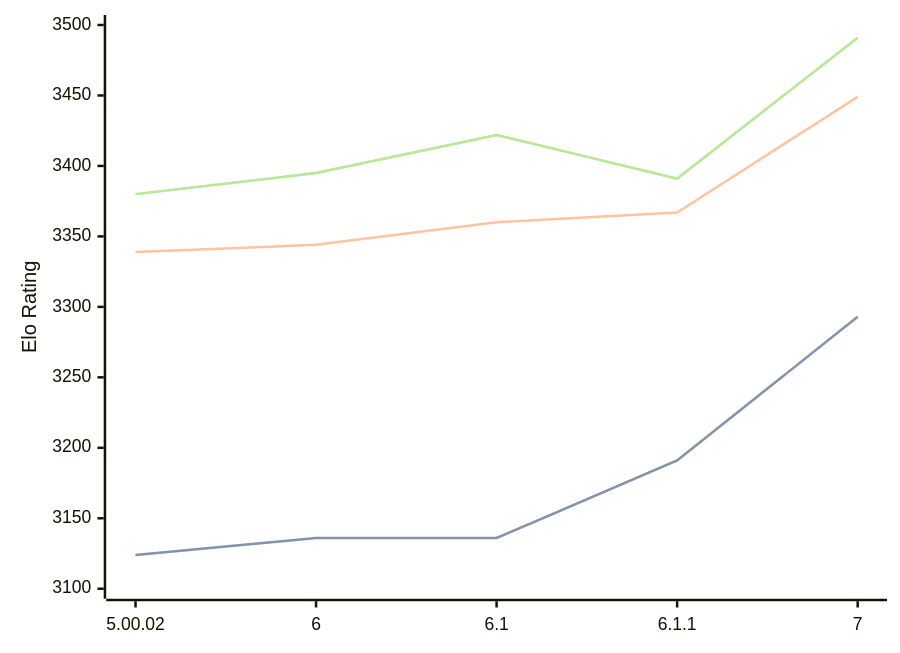
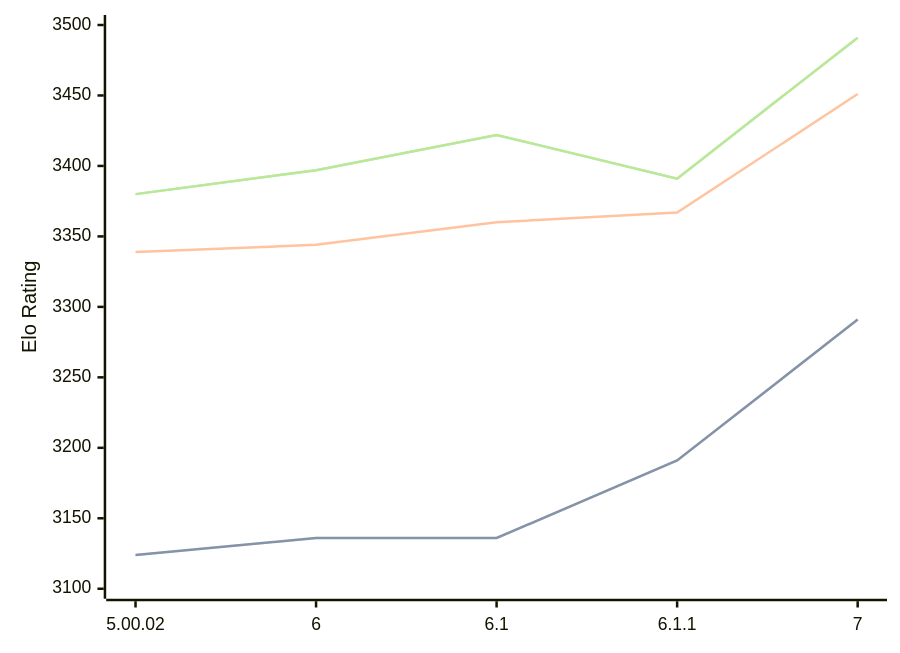
One commit to computer-chess-index/cci changed the diagram in engines/Zangdar.md. Above: the diagram before and after it, drawn with Mermaid. The commit also changed other lines of this file, not shown here.

Commit message:
Update CCI Ratings (ELO VLTC) - 2026-07-30

````diff
--- a/engines/Zangdar.md
+++ b/engines/Zangdar.md
@@ -47,11 +47,11 @@
 ```mermaid
 %%{init: {"theme":"base","themeVariables":{"seriesColors:['#a3a3a3','#222221','#faa371']}}}%%
 xychart-beta
   x-axis ["5.00.02", "6", "6.1", "6.1.1", "7"]
   y-axis "Elo Rating" 3100 --> 3500
-  line "STC (8.0+0.08s)" [3124, 3136, 3136, 3191, 3293]
-  line "STC (8.0+0.08s)" [3124, 3136, 3136, 3191, 3293]
-  line "LTC (60.0+0.60s)" [3339, 3344, 3360, 3367, 3449]
-  line "VLTC (2m24s+1.12s)" [3380, 3395, 3422, 3391, 3491]
-  line "VLTC (2m24s+1.12s)" [3380, 3395, 3422, 3391, 3491]
+  line "STC (8.0+0.08s)" [3124, 3136, 3136, 3191, 3291]
+  line "STC (8.0+0.08s)" [3124, 3136, 3136, 3191, 3291]
+  line "LTC (60.0+0.60s)" [3339, 3344, 3360, 3367, 3451]
+  line "VLTC (2m24s+1.12s)" [3380, 3397, 3422, 3391, 3491]
+  line "VLTC (2m24s+1.12s)" [3380, 3397, 3422, 3391, 3491]
 ```
````
